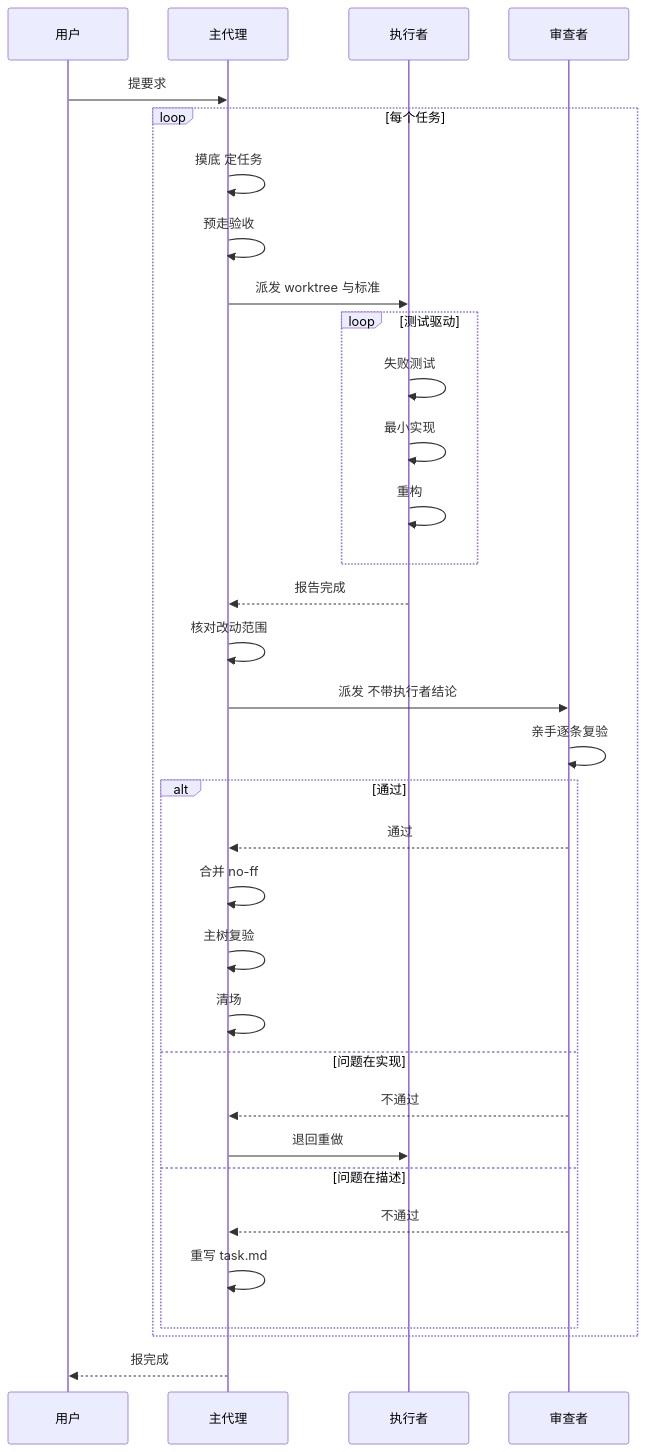
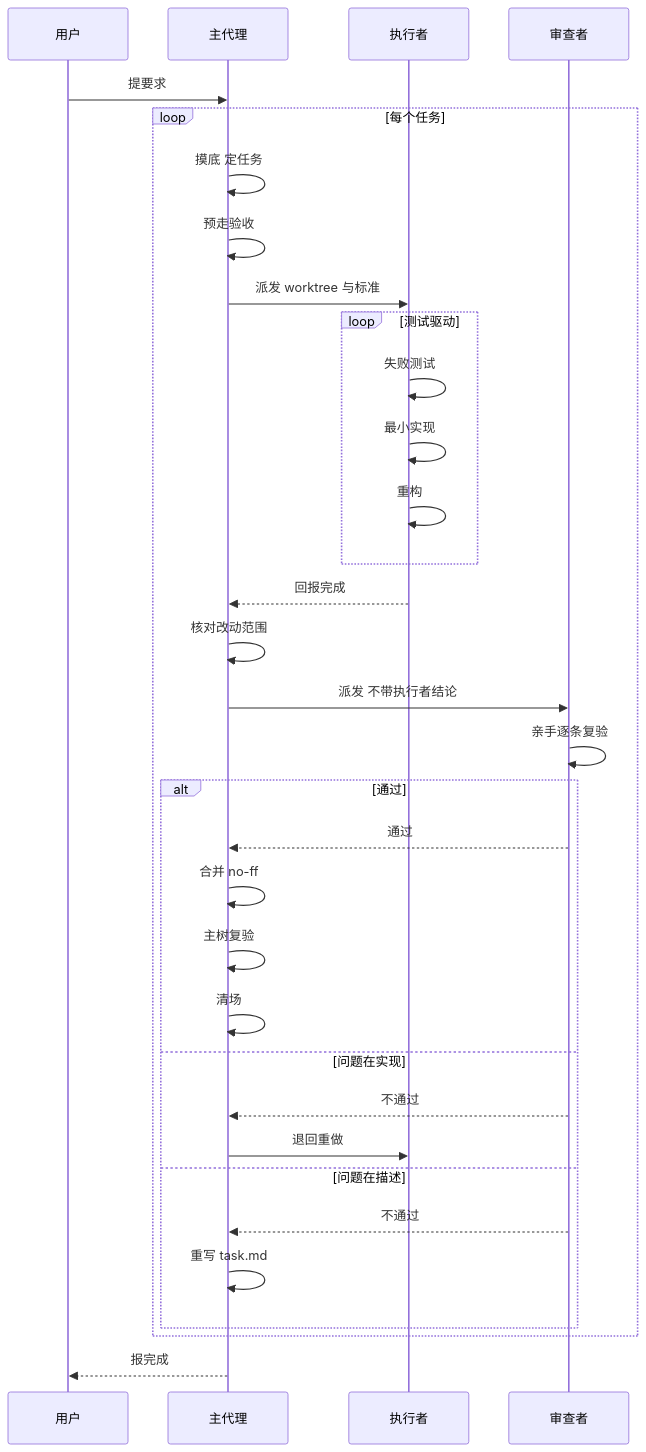
One commit to alexcdever/pipeline changed the diagram in SKILL.md. Above: the diagram before and after it, drawn with Mermaid. The commit also changed other lines of this file, not shown here.

````diff
--- a/SKILL.md
+++ b/SKILL.md
@@ -159,35 +159,35 @@
 ```mermaid
 sequenceDiagram
   participant U as 用户
   participant M as 主代理
   participant E as 执行者
   participant R as 审查者
   U->>M: 提要求
   loop 每个任务
     M->>M: 摸底 定任务
     M->>M: 预走验收
     M->>E: 派发 worktree 与标准
     loop 测试驱动
       E->>E: 失败测试
       E->>E: 最小实现
       E->>E: 重构
     end
-    E-->>M: 报告完成
+    E-->>M: 回报完成
     M->>M: 核对改动范围
     M->>R: 派发 不带执行者结论
     R->>R: 亲手逐条复验
     alt 通过
       R-->>M: 通过
       M->>M: 合并 no-ff
       M->>M: 主树复验
       M->>M: 清场
     else 问题在实现
       R-->>M: 不通过
       M->>E: 退回重做
     else 问题在描述
       R-->>M: 不通过
       M->>M: 重写 task.md
     end
   end
   M-->>U: 报完成
 ```
````
